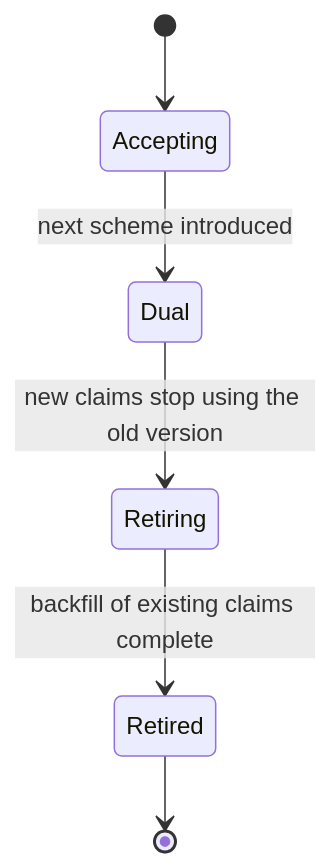
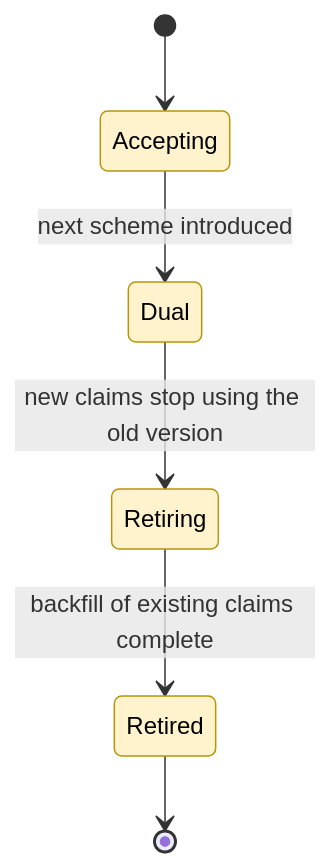
One commit to nebularis/lattice changed diagram 13 of 50 in ontology/persistence/README.md. Above: the diagram before and after it, drawn with Mermaid. The commit also changed other lines of this file and 9 other files, not shown here.

````diff
--- a/ontology/persistence/README.md
+++ b/ontology/persistence/README.md
@@ -1207,8 +1293,10 @@
 ```mermaid
 stateDiagram-v2
     [*] --> Accepting
     Accepting --> Dual : next scheme introduced
     Dual --> Retiring : new claims stop using the old version
     Retiring --> Retired : backfill of existing claims complete
     Retired --> [*]
+    classDef history fill:#fff3cd,stroke:#b7950b,color:#000
+    class Accepting,Dual,Retiring,Retired history
 ```
````
